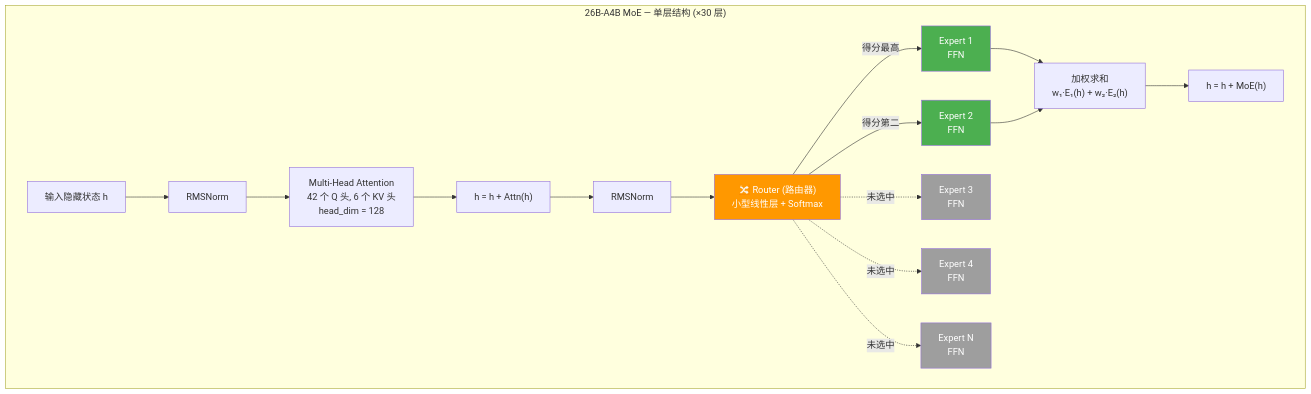
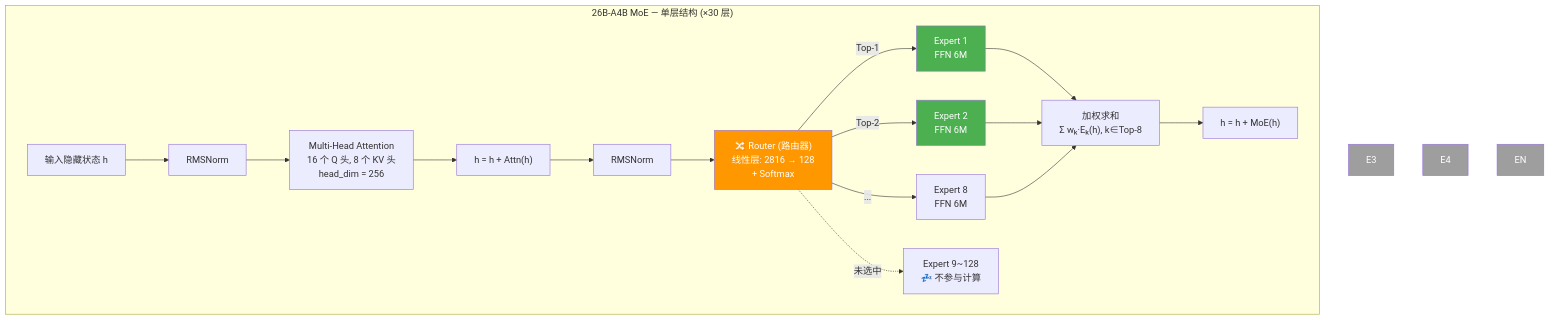
The fourth of 16 diagrams in docs/gemma4_architecture.md (guangxiangdebizi/Gemma4-31b-dense---27b-moe), drawn with Mermaid before and after one commit. The commit also changed other lines of this file and 1 other file, not shown here.

Commit message:
Update architecture documentation for MoE 26B-A4B model, refining parameter specifications, attention head configurations, and expert structures. Include detailed insights on expert activation, parameter distribution, and memory efficiency compared to Dense models.

````diff
--- a/docs/gemma4_architecture.md
+++ b/docs/gemma4_architecture.md
@@ -148,28 +152,28 @@
 ```mermaid
 graph TD
     subgraph "26B-A4B MoE — 单层结构 (×30 层)"
         Input_h["输入隐藏状态 h"]
         Input_h --> Norm1["RMSNorm"]
-        Norm1 --> Attn["Multi-Head Attention<br/>42 个 Q 头, 6 个 KV 头<br/>head_dim = 128"]
+        Norm1 --> Attn["Multi-Head Attention<br/>16 个 Q 头, 8 个 KV 头<br/>head_dim = 256"]
         Attn --> Add1["h = h + Attn(h)"]
         Add1 --> Norm2["RMSNorm"]
-        Norm2 --> Router["🔀 Router (路由器)<br/>小型线性层 + Softmax"]
+        Norm2 --> Router["🔀 Router (路由器)<br/>线性层: 2816 → 128<br/>+ Softmax"]
         
-        Router -->|"得分最高"| E1["Expert 1<br/>FFN"]
-        Router -->|"得分第二"| E2["Expert 2<br/>FFN"]
-        Router -.->|"未选中"| E3["Expert 3<br/>FFN"]
-        Router -.->|"未选中"| E4["Expert 4<br/>FFN"]
-        Router -.->|"未选中"| EN["Expert N<br/>FFN"]
+        Router -->|"Top-1"| E1["Expert 1<br/>FFN 6M"]
+        Router -->|"Top-2"| E2["Expert 2<br/>FFN 6M"]
+        Router -->|"..."| E8["Expert 8<br/>FFN 6M"]
+        Router -.->|"未选中"| E9["Expert 9~128<br/>💤 不参与计算"]
         
-        E1 --> WeightSum["加权求和<br/>w₁·E₁(h) + w₂·E₂(h)"]
+        E1 --> WeightSum["加权求和<br/>Σ wₖ·Eₖ(h), k∈Top-8"]
         E2 --> WeightSum
+        E8 --> WeightSum
         WeightSum --> Add2["h = h + MoE(h)"]
     end
     
     style Router fill:#FF9800,color:#fff
     style E1 fill:#4CAF50,color:#fff
     style E2 fill:#4CAF50,color:#fff
     style E3 fill:#9E9E9E,color:#fff
     style E4 fill:#9E9E9E,color:#fff
     style EN fill:#9E9E9E,color:#fff
 ```
````
